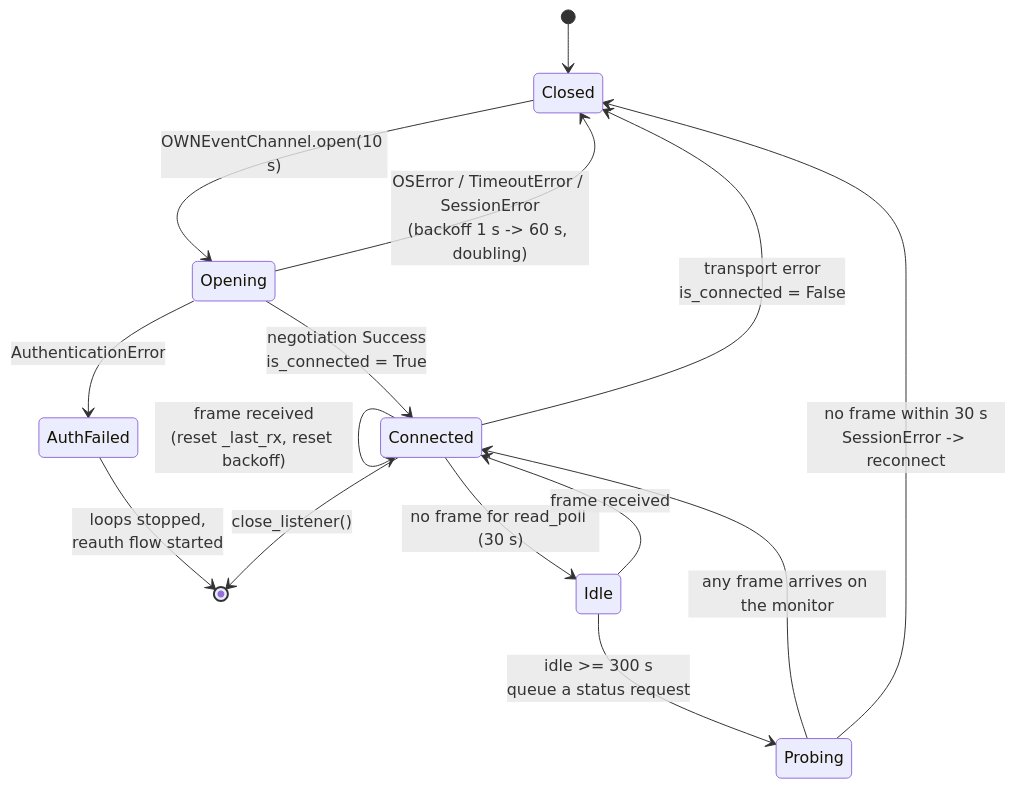
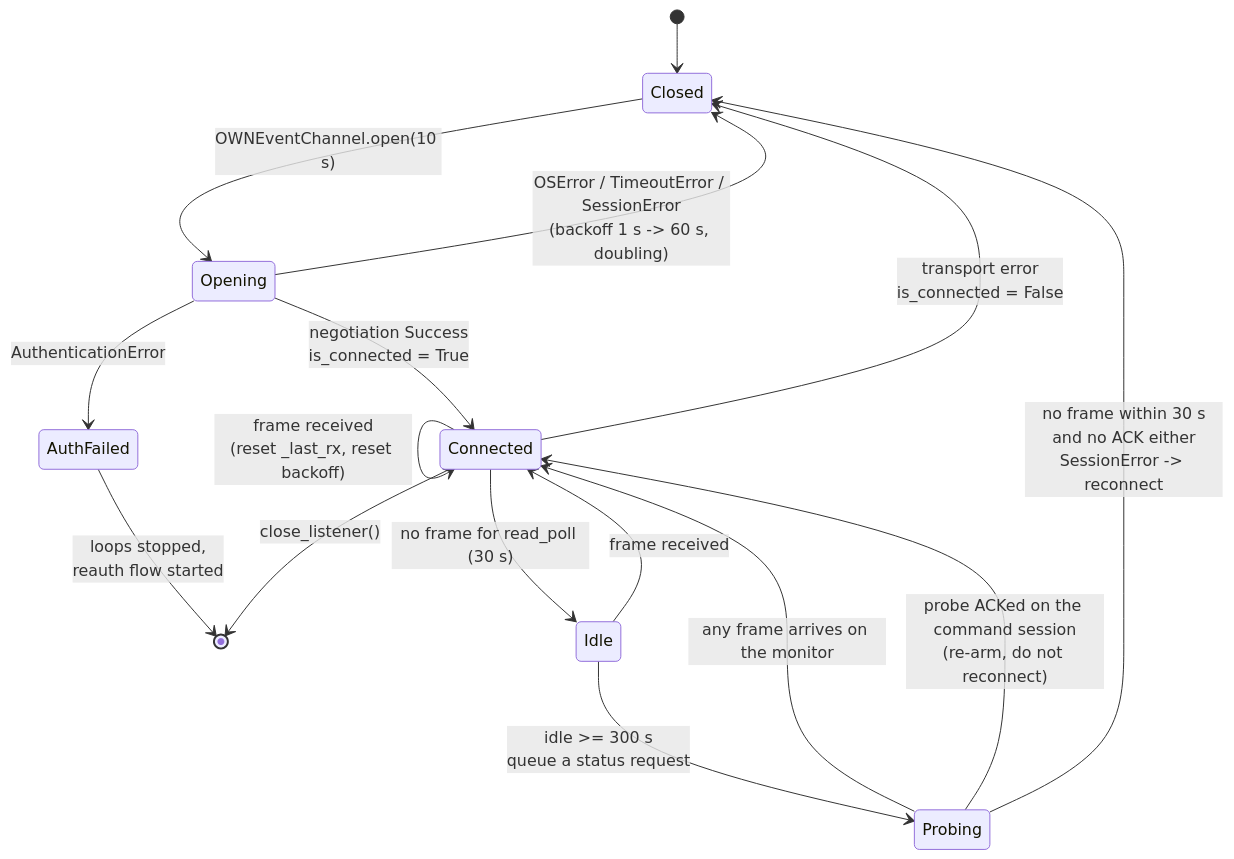
One commit to Interstellar0verdrive/MyHOME-stability changed the second of 3 diagrams in docs/architecture.md. Above: the diagram before and after it, drawn with Mermaid. The commit also changed other lines of this file and 1 other file, not shown here.

First line of the commit message:
docs: architecture internals and the diagnostics table

````diff
--- a/docs/architecture.md
+++ b/docs/architecture.md
@@ -152,17 +170,18 @@
 ```mermaid
 stateDiagram-v2
     [*] --> Closed
     Closed --> Opening: OWNEventChannel.open(10 s)
     Opening --> Closed: OSError / TimeoutError / SessionError<br/>(backoff 1 s -> 60 s, doubling)
     Opening --> AuthFailed: AuthenticationError
     Opening --> Connected: negotiation Success<br/>is_connected = True
     Connected --> Connected: frame received<br/>(reset _last_rx, reset backoff)
     Connected --> Idle: no frame for read_poll (30 s)
     Idle --> Connected: frame received
     Idle --> Probing: idle >= 300 s<br/>queue a status request
     Probing --> Connected: any frame arrives on the monitor
-    Probing --> Closed: no frame within 30 s<br/>SessionError -> reconnect
+    Probing --> Connected: probe ACKed on the command session<br/>(re-arm, do not reconnect)
+    Probing --> Closed: no frame within 30 s<br/>and no ACK either<br/>SessionError -> reconnect
     Connected --> Closed: transport error<br/>is_connected = False
     AuthFailed --> [*]: loops stopped,<br/>reauth flow started
     Connected --> [*]: close_listener()
 ```
````
